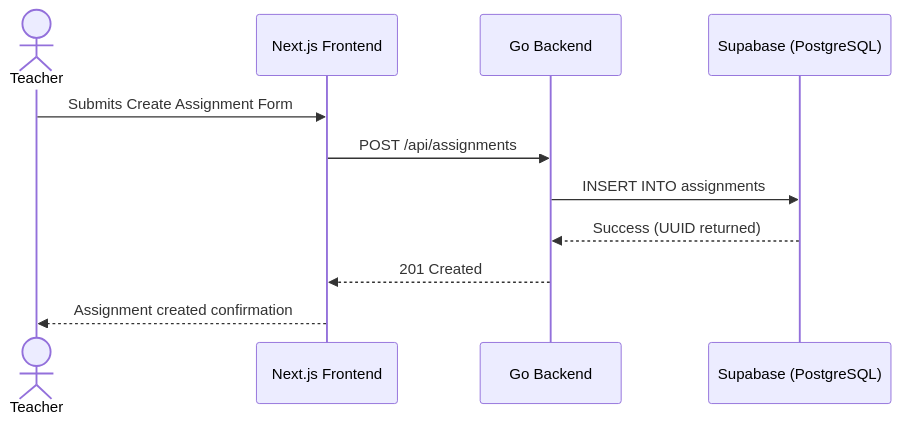
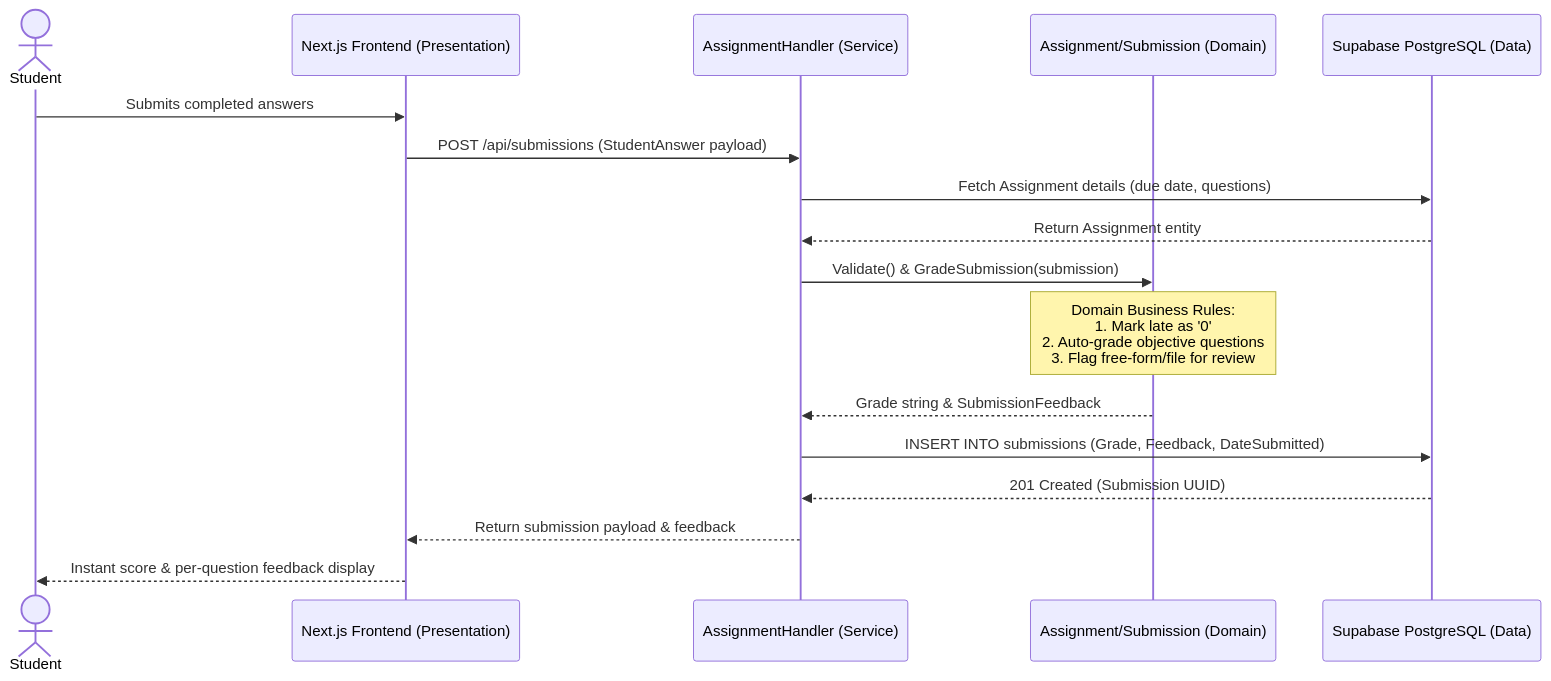
The fourth of 4 diagrams in README.md (JosephGabrie/cen5064-project-JosephGabrie), drawn with Mermaid before and after one commit. The commit also changed other lines of this file and 13 other files, not shown here.

````diff
--- a/README.md
+++ b/README.md
@@ -232,14 +281,21 @@
 ```mermaid
-%% Sequence diagram: ONE core use case, end to end.
+%% Sequence diagram: ONE core use case end-to-end (Submission Intake & Domain Auto-Grading).
 sequenceDiagram
-    actor T as Teacher
-    participant UI as Next.js Frontend
-    participant S as Go Backend
-    participant D as Supabase (PostgreSQL)
-    T->>UI: Submits Create Assignment Form
-    UI->>S: POST /api/assignments
-    S->>D: INSERT INTO assignments
-    D-->>S: Success (UUID returned)
-    S-->>UI: 201 Created
-    UI-->>T: Assignment created confirmation
+    actor S as Student
+    participant UI as Next.js Frontend (Presentation)
+    participant H as AssignmentHandler (Service)
+    participant D as Assignment/Submission (Domain)
+    participant DB as Supabase PostgreSQL (Data)
+
+    S->>UI: Submits completed answers
+    UI->>H: POST /api/submissions (StudentAnswer payload)
+    H->>DB: Fetch Assignment details (due date, questions)
+    DB-->>H: Return Assignment entity
+    H->>D: Validate() & GradeSubmission(submission)
+    Note over D: Domain Business Rules:<br/>1. Mark late as '0'<br/>2. Auto-grade objective questions<br/>3. Flag free-form/file for review
+    D-->>H: Grade string & SubmissionFeedback
+    H->>DB: INSERT INTO submissions (Grade, Feedback, DateSubmitted)
+    DB-->>H: 201 Created (Submission UUID)
+    H-->>UI: Return submission payload & feedback
+    UI-->>S: Instant score & per-question feedback display
 ```
````
